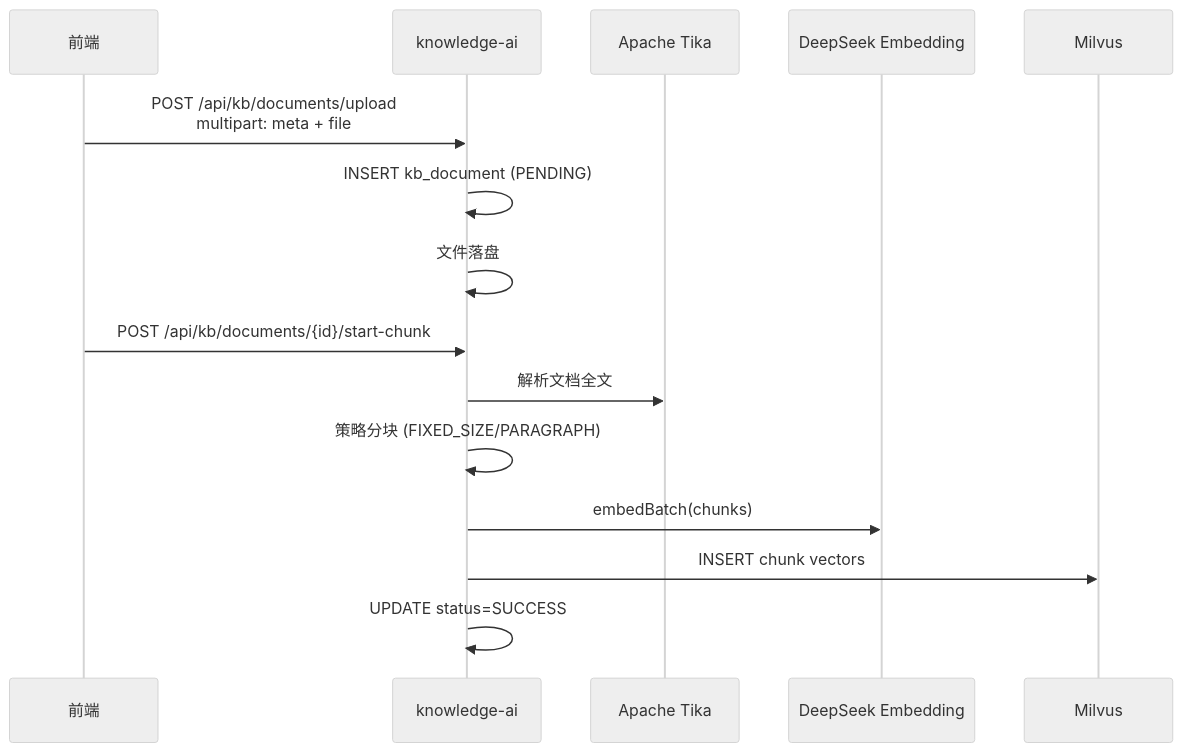
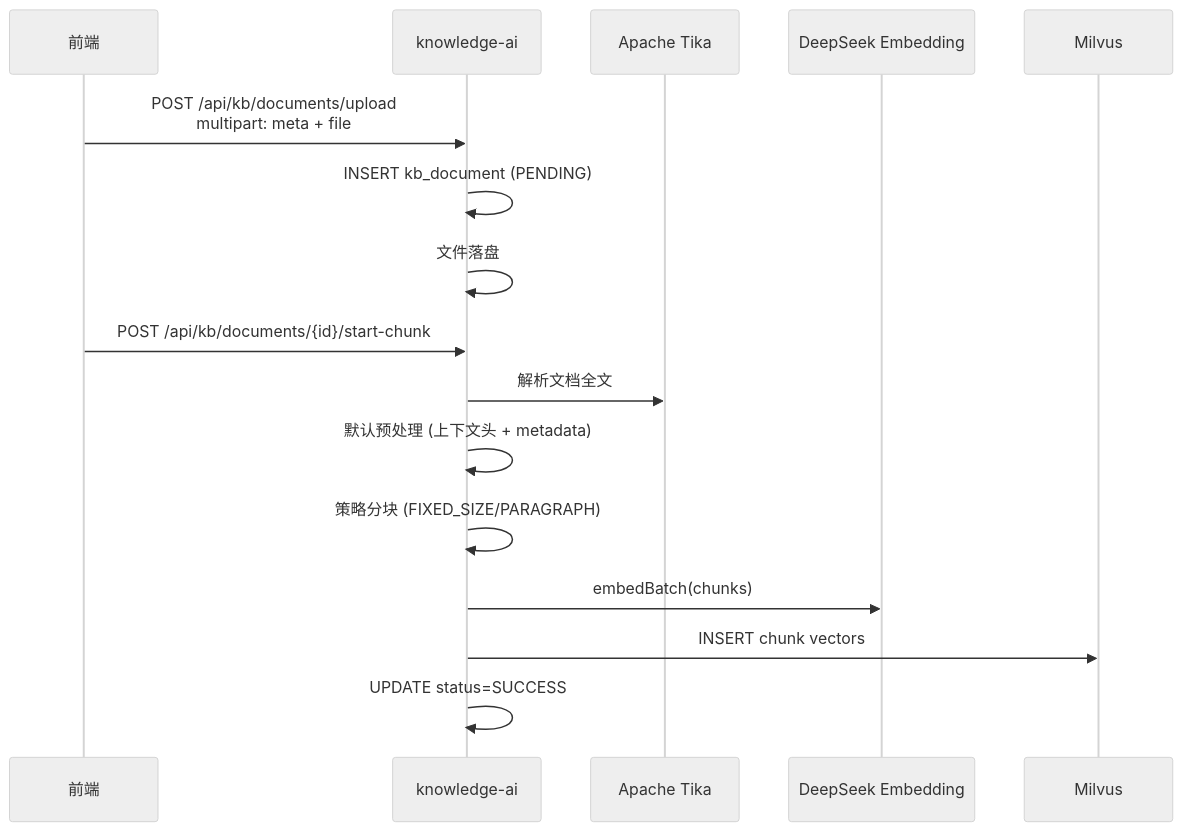
The third of 5 diagrams in docs/system-overview.md (ZjlShenshiqing/EnterpriseKnowledgeWorkspace), drawn with Mermaid (neutral theme) before and after one commit. The commit also changed other lines of this file and 18 other files, not shown here.

````diff
--- a/docs/system-overview.md
+++ b/docs/system-overview.md
@@ -195,19 +196,20 @@
 ```mermaid
 sequenceDiagram
     participant FE as 前端
     participant KB as knowledge-ai
     participant TIKA as Apache Tika
     participant EMB as DeepSeek Embedding
     participant MIL as Milvus
 
     FE->>KB: POST /api/kb/documents/upload<br/>multipart: meta + file
     KB->>KB: INSERT kb_document (PENDING)
     KB->>KB: 文件落盘
 
     FE->>KB: POST /api/kb/documents/{id}/start-chunk
     KB->>TIKA: 解析文档全文
+    KB->>KB: 默认预处理 (上下文头 + metadata)
     KB->>KB: 策略分块 (FIXED_SIZE/PARAGRAPH)
     KB->>EMB: embedBatch(chunks)
     KB->>MIL: INSERT chunk vectors
     KB->>KB: UPDATE status=SUCCESS
 ```
````
